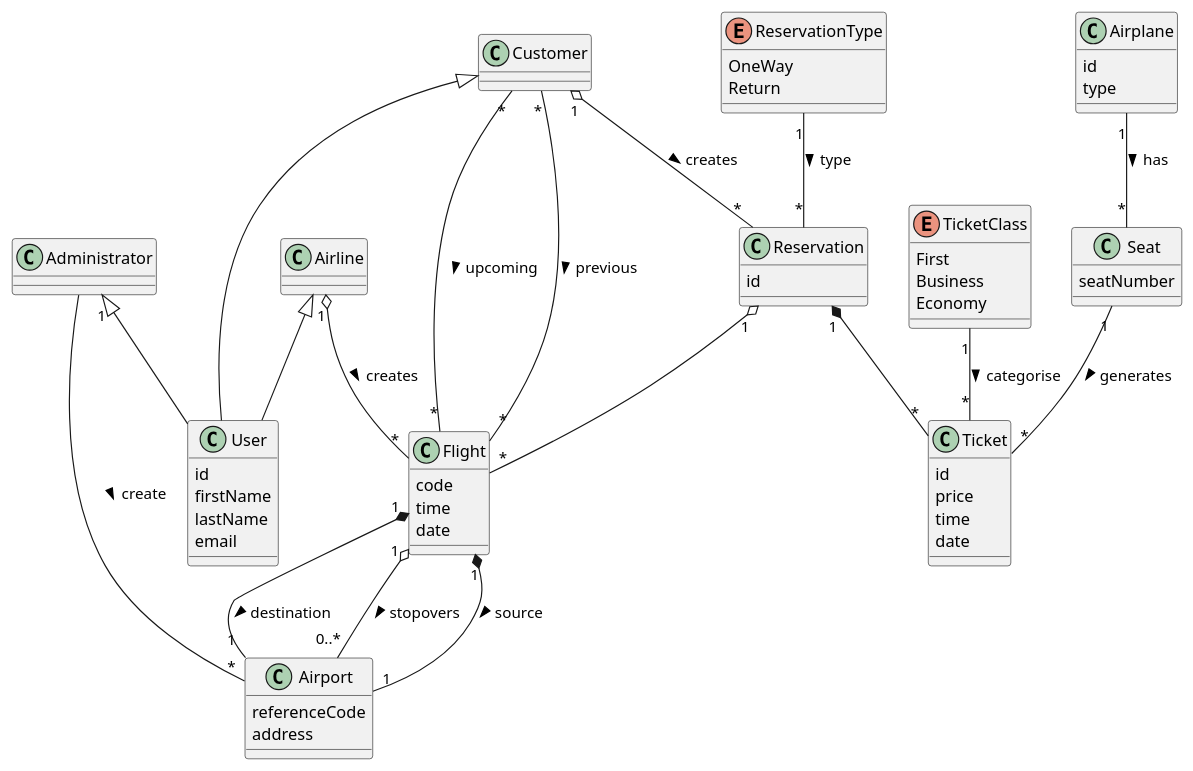
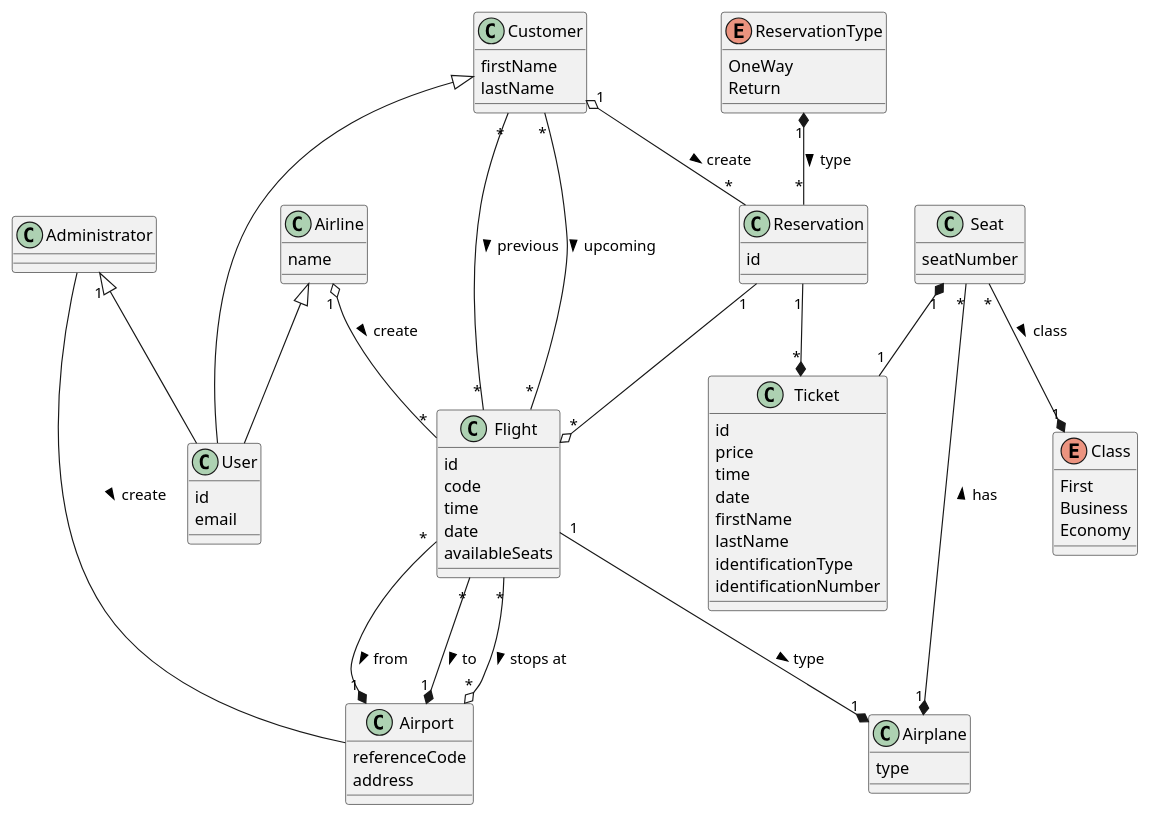
The diagram in doc/UML/Domain Model.puml (SWEN900072021/four-aces), drawn with PlantUML before and after one commit.

Commit message:
Update Domain Model

```diff
--- a/doc/UML/Domain Model.puml
+++ b/doc/UML/Domain Model.puml
@@ -1,85 +1,92 @@
 @startuml
 'https://plantuml.com/class-diagram
 
 class User{
 id
-firstName
-lastName
 email
 }
 
 class Administrator{
 }
 
 class Airline{
+name
 }
 
 class Customer{
+firstName
+lastName
 }
 
 Administrator "1" <|-- User
 Customer <|-- User
 Airline <|-- User
 
 class Airport{
 referenceCode
 address
 }
 
 class Flight{
+id
 code
 time
 date
+availableSeats
 }
 
 class Airplane{
-id
 type
+}
+
+class Seat{
+seatNumber
 }
 
 class Ticket{
 id
 price
 time
 date
-}
-
-class Seat{
-seatNumber
+firstName
+lastName
+identificationType
+identificationNumber
 }
 
 class Reservation{
 id
 }
 
 enum ReservationType{
 OneWay
 Return
 }
 
-enum TicketClass{
+enum Class{
 First
 Business
 Economy
 }
 
-Airline "1" o-- "*" Flight : creates >
-Reservation "1" o-- "*" Flight
-Reservation "1" *-- "*" Ticket
-TicketClass "1" -- "*" Ticket : categorise >
-ReservationType "1" -- "*" Reservation : type >
-Airplane "1" -- "*" Seat : has >
-Seat "1" -- "*" Ticket : generates >
-Customer "1" o-- "*" Reservation: creates >
+Airline "1" o-- "*" Flight : create >
+Reservation "1" --o "*" Flight
+Reservation "1" --* "*" Ticket
+Seat "1" *-- "1" Ticket
+ReservationType "1" *-- "*" Reservation : type >
+Flight "1" --* "1" Airplane : type >
+Customer "1" o-- "*" Reservation: create >
 
-Flight "1" *-- "1" Airport : source >
-Flight "1" *-- "1" Airport : destination >
-Flight "1" o-- "0..*" Airport : stopovers >
+Flight "*" --* "1" Airport : from >
+Flight "*" --* "1" Airport : to >
+Flight "*" --o "*" Airport : stops at >
 
-Administrator -- "*" Airport : create >
+Administrator -- Airport : create >
 
 Customer "*" -- "*" Flight : previous >
 Customer "*" -- "*" Flight : upcoming >
 
+Seat "*" --* "1" Class : class >
+Seat "*" --* "1" Airplane : has <
 
 @enduml
```
